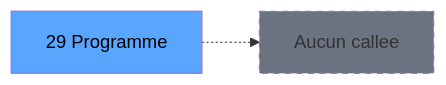
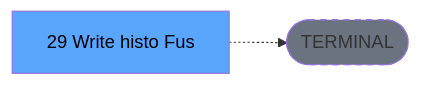
The third of 3 diagrams in .openspec/specs/ADH-IDE-29.md (thonyAGP/lecteur-magic), drawn with Mermaid before and after one commit. The commit also changed other lines of this file and 701 other files, not shown here.

````diff
--- a/.openspec/specs/ADH-IDE-29.md
+++ b/.openspec/specs/ADH-IDE-29.md
@@ -146,8 +134,8 @@
 ```mermaid
 graph LR
-    T[29 Programme]
-    NONE[Aucun callee]
-    T -.-> NONE
+    T[29 Write histo Fus]
+    TERM([TERMINAL])
+    T -.-> TERM
+    style TERM fill:#6b7280,stroke-dasharray: 5 5
     style T fill:#58a6ff,color:#000
-    style NONE fill:#6b7280,stroke-dasharray: 5 5
 ```
````
